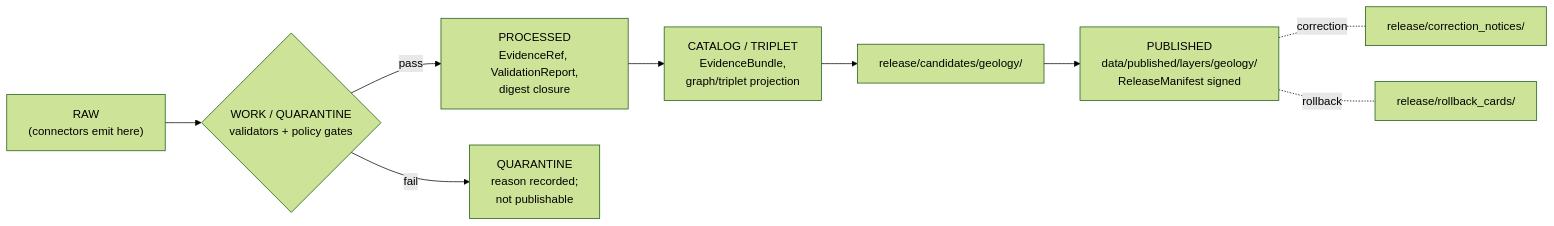
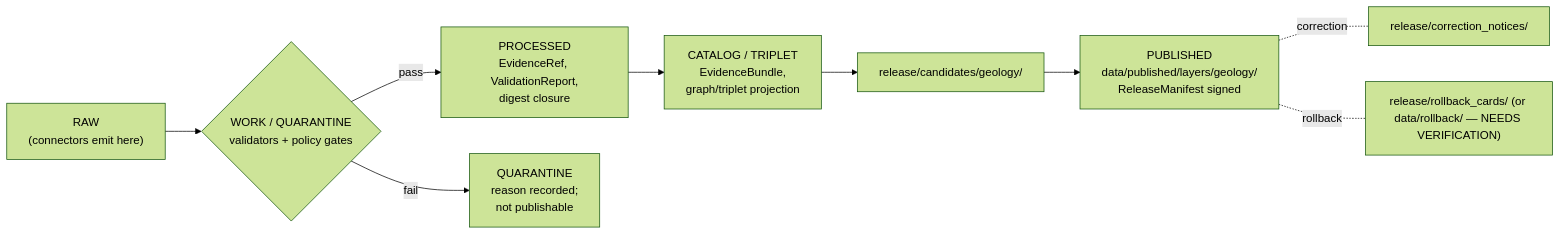
Before and after one commit to bartytime4life/Kansas-Frontier-Matrix: the second of 2 diagrams in docs/domains/geology/FILE_SYSTEM_PLAN.md, drawn with Mermaid (forest theme). The commit also changed other lines of this file, not shown here.

````diff
--- a/docs/domains/geology/FILE_SYSTEM_PLAN.md
+++ b/docs/domains/geology/FILE_SYSTEM_PLAN.md
@@ -397,11 +431,11 @@
 ```mermaid
 flowchart LR
   RAW["RAW<br/>(connectors emit here)"] --> WQ{"WORK / QUARANTINE<br/>validators + policy gates"}
-  WQ -- pass --> PROC["PROCESSED<br/>EvidenceRef, ValidationReport,<br/>digest closure"]
-  WQ -- fail --> QUAR["QUARANTINE<br/>reason recorded;<br/>not publishable"]
+  WQ -- "pass" --> PROC["PROCESSED<br/>EvidenceRef, ValidationReport,<br/>digest closure"]
+  WQ -- "fail" --> QUAR["QUARANTINE<br/>reason recorded;<br/>not publishable"]
   PROC --> CAT["CATALOG / TRIPLET<br/>EvidenceBundle,<br/>graph/triplet projection"]
   CAT --> CAND["release/candidates/geology/"]
   CAND --> PUB["PUBLISHED<br/>data/published/layers/geology/<br/>ReleaseManifest signed"]
-  PUB -. correction .- CORR["release/correction_notices/"]
-  PUB -. rollback .- RB["release/rollback_cards/"]
+  PUB -. "correction" .- CORR["release/correction_notices/"]
+  PUB -. "rollback" .- RB["release/rollback_cards/ (or data/rollback/ — NEEDS VERIFICATION)"]
 ```
````
